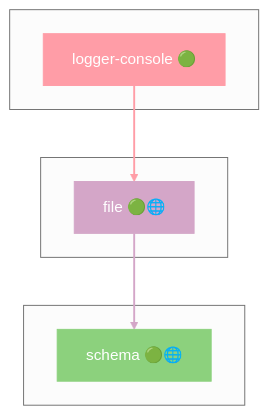
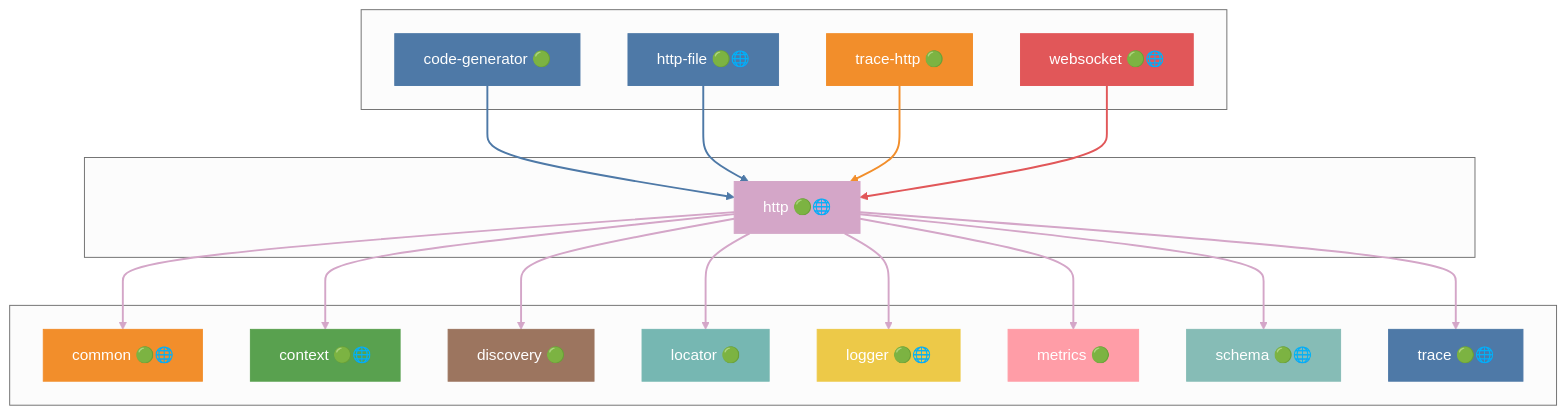
Before and after one commit to grest-ts/grest-ts: diagram 19 of 40 in docs/DEPENDENCIES.md, drawn with Mermaid (neutral theme). The commit also changed other lines of this file and 34 other files, not shown here.

````diff
--- a/docs/DEPENDENCIES.md
+++ b/docs/DEPENDENCIES.md
@@ -939,19 +937,59 @@
 ```mermaid
 flowchart TB
     subgraph Dependents[" "]
-        logger-console["logger-console 🟢"]
+        code-generator["code-generator 🟢"]
+        http-file["http-file 🟢🌐"]
+        trace-http["trace-http 🟢"]
+        websocket["websocket 🟢🌐"]
     end
     subgraph Package[" "]
-        file["file 🟢🌐"]
+        http["http 🟢🌐"]
     end
     subgraph Dependencies[" "]
+        common["common 🟢🌐"]
+        context["context 🟢🌐"]
+        discovery["discovery 🟢"]
+        locator["locator 🟢"]
+        logger["logger 🟢🌐"]
+        metrics["metrics 🟢"]
         schema["schema 🟢🌐"]
+        trace["trace 🟢🌐"]
     end
-    logger-console --> file
-    file --> schema
-    style file fill:#D4A6C8,stroke:#D4A6C8,color:#fff
-    style logger-console fill:#FF9DA7,stroke:#FF9DA7,color:#fff
-    style schema fill:#8CD17D,stroke:#8CD17D,color:#fff
-    linkStyle 0 stroke:#FF9DA7,stroke-width:2px
-    linkStyle 1 stroke:#D4A6C8,stroke-width:2px
+    code-generator --> http
+    http-file --> http
+    trace-http --> http
+    websocket --> http
+    http --> common
+    http --> context
+    http --> discovery
+    http --> locator
+    http --> logger
+    http --> metrics
+    http --> schema
+    http --> trace
+    style http fill:#D4A6C8,stroke:#D4A6C8,color:#fff
+    style code-generator fill:#4E79A7,stroke:#4E79A7,color:#fff
+    style http-file fill:#4E79A7,stroke:#4E79A7,color:#fff
+    style trace-http fill:#F28E2B,stroke:#F28E2B,color:#fff
+    style websocket fill:#E15759,stroke:#E15759,color:#fff
+    style common fill:#F28E2B,stroke:#F28E2B,color:#fff
+    style context fill:#59A14F,stroke:#59A14F,color:#fff
+    style discovery fill:#9C755F,stroke:#9C755F,color:#fff
+    style locator fill:#76B7B2,stroke:#76B7B2,color:#fff
+    style logger fill:#EDC948,stroke:#EDC948,color:#fff
+    style metrics fill:#FF9DA7,stroke:#FF9DA7,color:#fff
+    style schema fill:#86BCB6,stroke:#86BCB6,color:#fff
+    style trace fill:#4E79A7,stroke:#4E79A7,color:#fff
+    linkStyle 0 stroke:#4E79A7,stroke-width:2px
+    linkStyle 1 stroke:#4E79A7,stroke-width:2px
+    linkStyle 2 stroke:#F28E2B,stroke-width:2px
+    linkStyle 3 stroke:#E15759,stroke-width:2px
+    linkStyle 4 stroke:#D4A6C8,stroke-width:2px
+    linkStyle 5 stroke:#D4A6C8,stroke-width:2px
+    linkStyle 6 stroke:#D4A6C8,stroke-width:2px
+    linkStyle 7 stroke:#D4A6C8,stroke-width:2px
+    linkStyle 8 stroke:#D4A6C8,stroke-width:2px
+    linkStyle 9 stroke:#D4A6C8,stroke-width:2px
+    linkStyle 10 stroke:#D4A6C8,stroke-width:2px
+    linkStyle 11 stroke:#D4A6C8,stroke-width:2px
 ```
````
